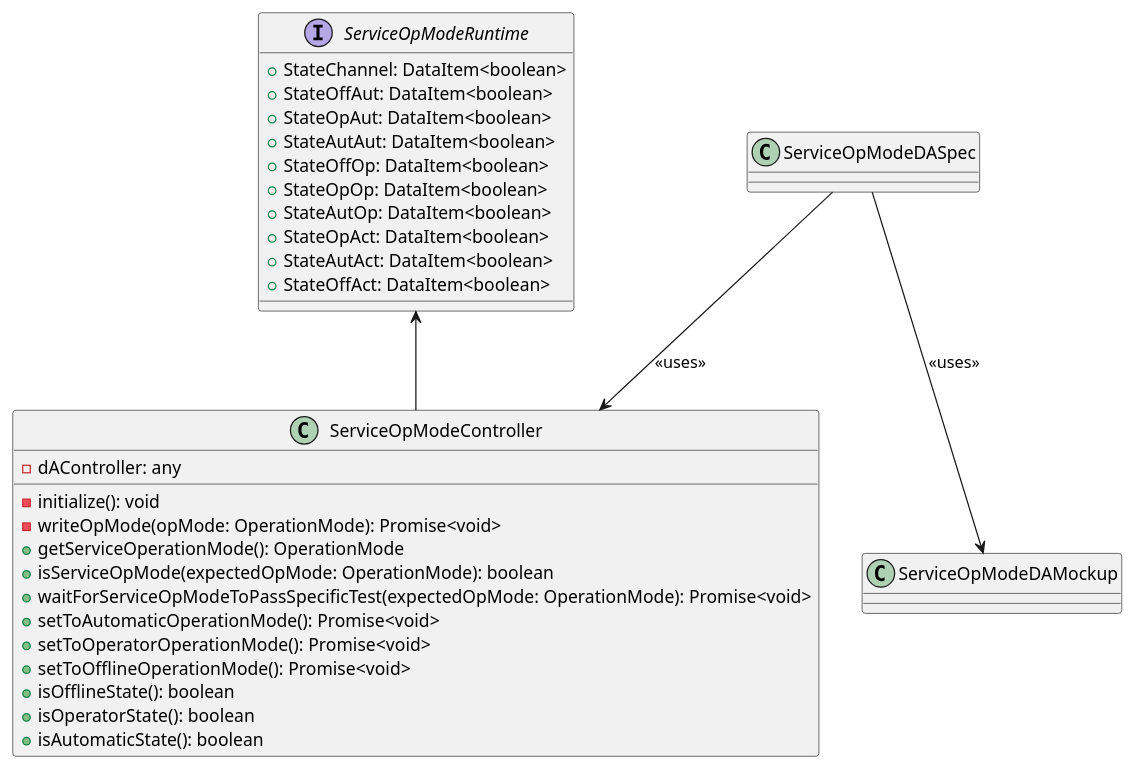
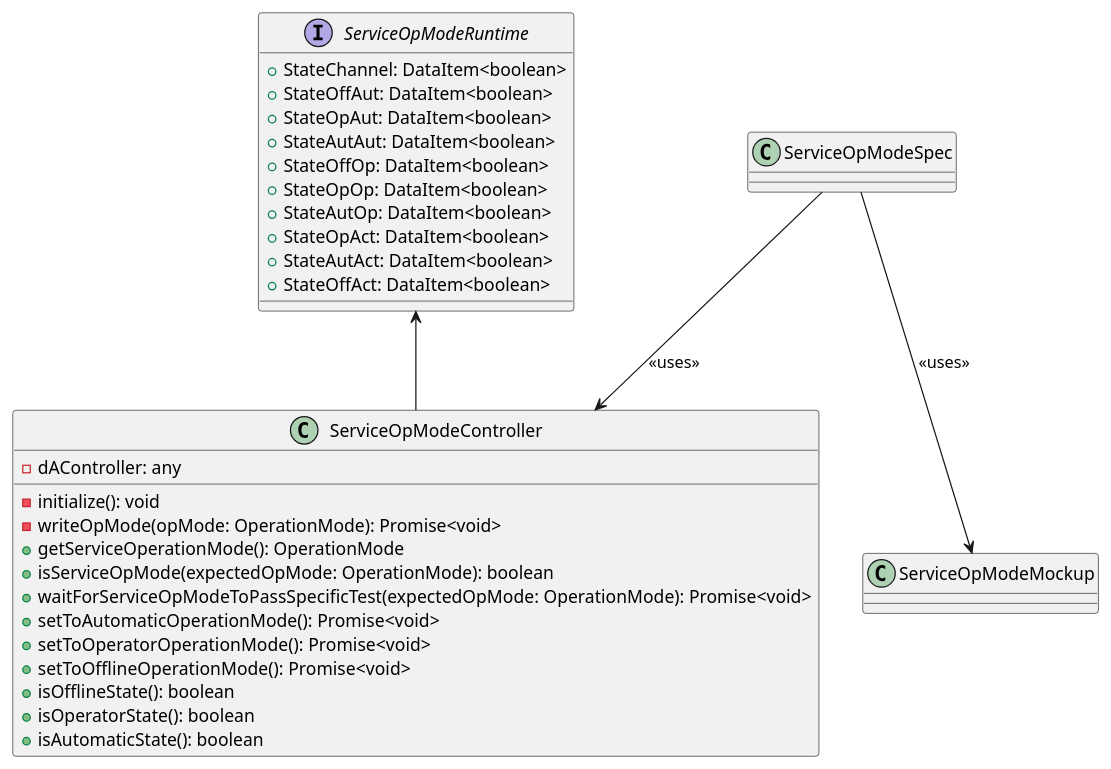
The diagram in src/modularPlantManager/pea/dataAssembly/_extensions/serviceOpModeDA/ServiceOpModeController.puml (p2o-lab/polaris-backend), drawn with PlantUML before and after one commit. The commit also changed 22 other files, not shown here.

```diff
--- a/src/modularPlantManager/pea/dataAssembly/_extensions/serviceOpModeDA/ServiceOpModeController.puml
+++ b/src/modularPlantManager/pea/dataAssembly/_extensions/serviceOpModeDA/ServiceOpModeController.puml
@@ -26,36 +26,36 @@
 @startuml
 'https://plantuml.com/class-diagram
 
 interface ServiceOpModeRuntime{
 	+ StateChannel: DataItem<boolean>
 	+ StateOffAut: DataItem<boolean>
 	+ StateOpAut: DataItem<boolean>
 	+ StateAutAut: DataItem<boolean>
 	+ StateOffOp: DataItem<boolean>
 	+ StateOpOp: DataItem<boolean>
 	+ StateAutOp: DataItem<boolean>
 	+ StateOpAct: DataItem<boolean>
 	+ StateAutAct: DataItem<boolean>
 	+ StateOffAct: DataItem<boolean>
 }
 
 class ServiceOpModeController{
     - dAController: any
     - initialize(): void
     - writeOpMode(opMode: OperationMode): Promise<void>
     + getServiceOperationMode(): OperationMode
     + isServiceOpMode(expectedOpMode: OperationMode): boolean
     + waitForServiceOpModeToPassSpecificTest(expectedOpMode: OperationMode): Promise<void>
     + setToAutomaticOperationMode(): Promise<void>
     + setToOperatorOperationMode(): Promise<void>
     + setToOfflineOperationMode(): Promise<void>
     + isOfflineState(): boolean
     + isOperatorState(): boolean
     + isAutomaticState(): boolean
 }
 
 ServiceOpModeRuntime <-- ServiceOpModeController
-ServiceOpModeDASpec --> ServiceOpModeController : <<uses>>
-ServiceOpModeDASpec --> ServiceOpModeDAMockup : <<uses>>
+ServiceOpModeSpec --> ServiceOpModeController : <<uses>>
+ServiceOpModeSpec --> ServiceOpModeMockup : <<uses>>
 
 @enduml
```
